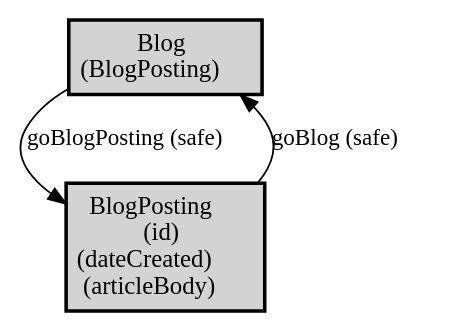
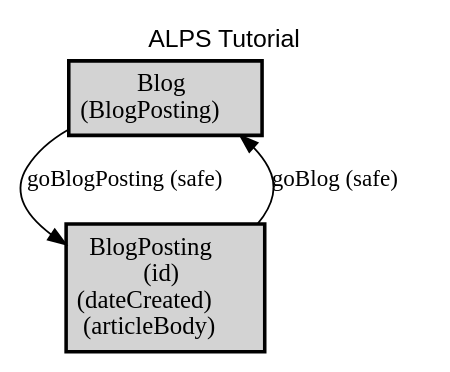
The diagram in profile.dot (alps-asd/alps-tutorial), drawn with Graphviz before and after one commit. The commit also changed 11 other files, not shown here.

```diff
--- a/profile.dot
+++ b/profile.dot
@@ -1,17 +1,17 @@
 digraph application_state_diagram {
   graph [
     labelloc="t";
     fontname="Helvetica"
-    label="";
+    label="ALPS Tutorial";
     URL="index.html" target="_parent"
   ];
   node [shape = box, style = "bold,filled" fillcolor="lightgray"];
 
     Blog [margin=0.02, label=<<table cellspacing="0" cellpadding="5" border="0"><tr><td>Blog<br />(BlogPosting)<br /></td></tr></table>>,shape=box URL="docs/semantic.Blog.html" target="_parent"]
     BlogPosting [margin=0.02, label=<<table cellspacing="0" cellpadding="5" border="0"><tr><td>BlogPosting<br />(id)<br />(dateCreated)<br />(articleBody)<br /></td></tr></table>>,shape=box URL="docs/semantic.BlogPosting.html" target="_parent"]
 
     Blog -> BlogPosting [label = <goBlogPosting (safe)> URL="docs/safe.goBlogPosting.html" target="_parent" fontsize=13];
     BlogPosting -> Blog [label = <goBlog (safe)> URL="docs/safe.goBlog.html" target="_parent" fontsize=13];
 
 
 }
```
